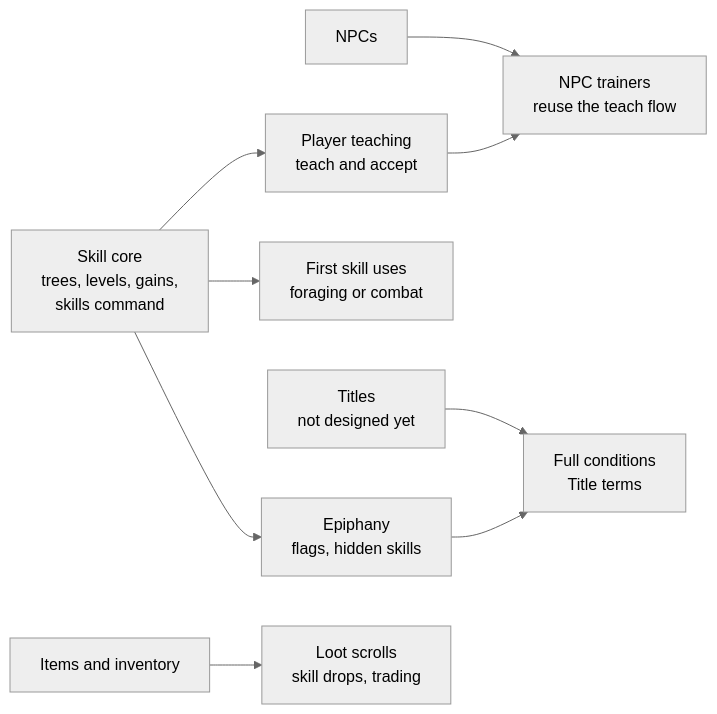
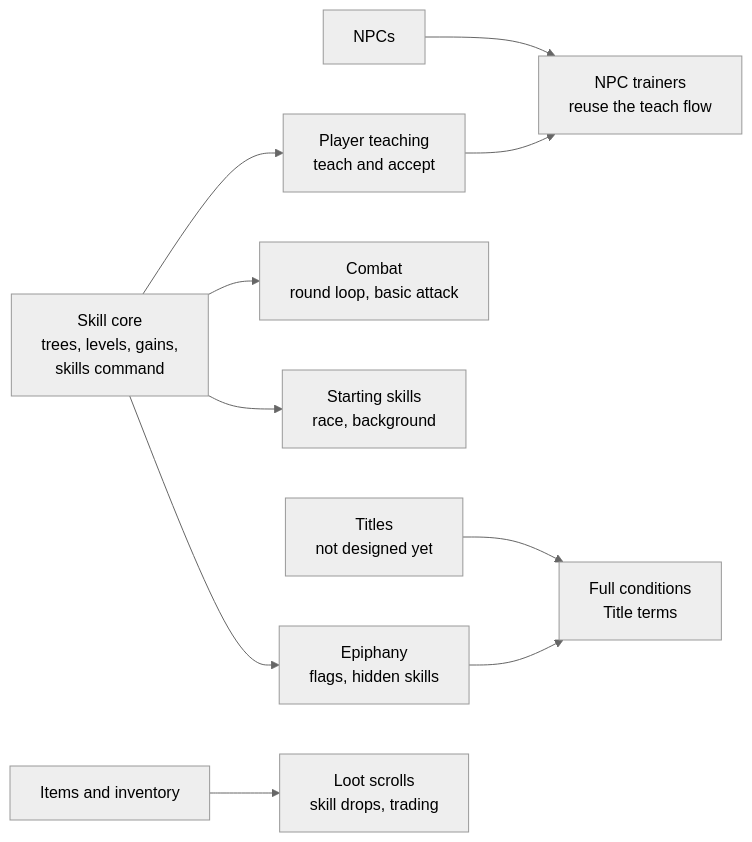
Before and after one commit to Aaqibhafeezkhan/riftward: the diagram in docs/skills.md, drawn with Mermaid (neutral theme). The commit also changed other lines of this file and 5 other files, not shown here.

First line of the commit message:
Design races, backgrounds, and combat as skills

````diff
--- a/docs/skills.md
+++ b/docs/skills.md
@@ -201,11 +205,12 @@
 ```mermaid
 flowchart LR
     core[Skill core<br/>trees, levels, gains,<br/>skills command] --> teach[Player teaching<br/>teach and accept]
     core --> epiphany[Epiphany<br/>flags, hidden skills]
-    core --> uses[First skill uses<br/>foraging or combat]
+    core --> combat[Combat<br/>round loop, basic attack]
+    core --> start[Starting skills<br/>race, background]
     npcs[NPCs] --> trainers[NPC trainers<br/>reuse the teach flow]
     teach --> trainers
     titles[Titles<br/>not designed yet] --> conditions[Full conditions<br/>Title terms]
     epiphany --> conditions
     items[Items and inventory] --> scrolls[Loot scrolls<br/>skill drops, trading]
 ```
````
